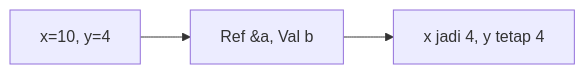
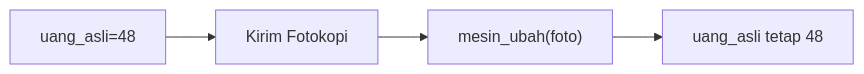
Diagram 15 of 25 in part-c-pemahaman-cpp/04-fungsi/latihan/set-01.md (amnahwaida/OSNK_INF_PREP), drawn with Mermaid before and after one commit. The commit also changed other lines of this file and 71 other files, not shown here.

````diff
--- a/part-c-pemahaman-cpp/04-fungsi/latihan/set-01.md
+++ b/part-c-pemahaman-cpp/04-fungsi/latihan/set-01.md
@@ -392,5 +413,6 @@
 ```mermaid
 graph LR
-A["x=10, y=4"] --> B["Ref &a, Val b"]
-B --> C["x jadi 4, y tetap 4"]
+A["uang_asli=48"] --> B["Kirim Fotokopi"]
+B --> C["mesin_ubah(foto)"]
+C --> D["uang_asli tetap 48"]
 ```
````
